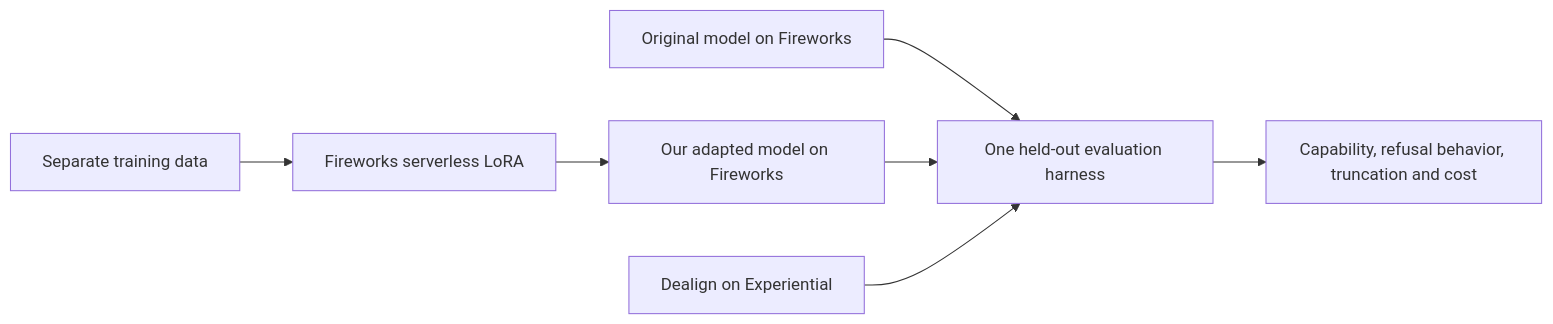
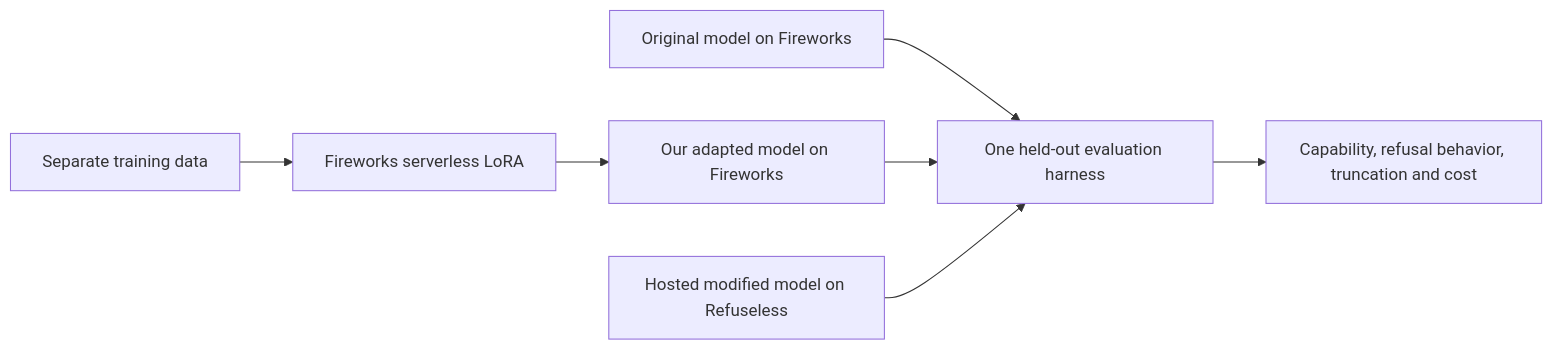
Before and after one commit to andrewsiah/fireworkshack: the diagram in README.md, drawn with Mermaid. The commit also changed other lines of this file and 33 other files, not shown here.

````diff
--- a/README.md
+++ b/README.md
@@ -9,9 +9,9 @@
 ```mermaid
 flowchart LR
     D[Separate training data] --> T[Fireworks serverless LoRA]
     T --> B[Our adapted model on Fireworks]
     A[Original model on Fireworks] --> E[One held-out evaluation harness]
     B --> E
-    C[Dealign on Experiential] --> E
+    C[Hosted modified model on Refuseless] --> E
     E --> R[Capability, refusal behavior, truncation and cost]
 ```
````
